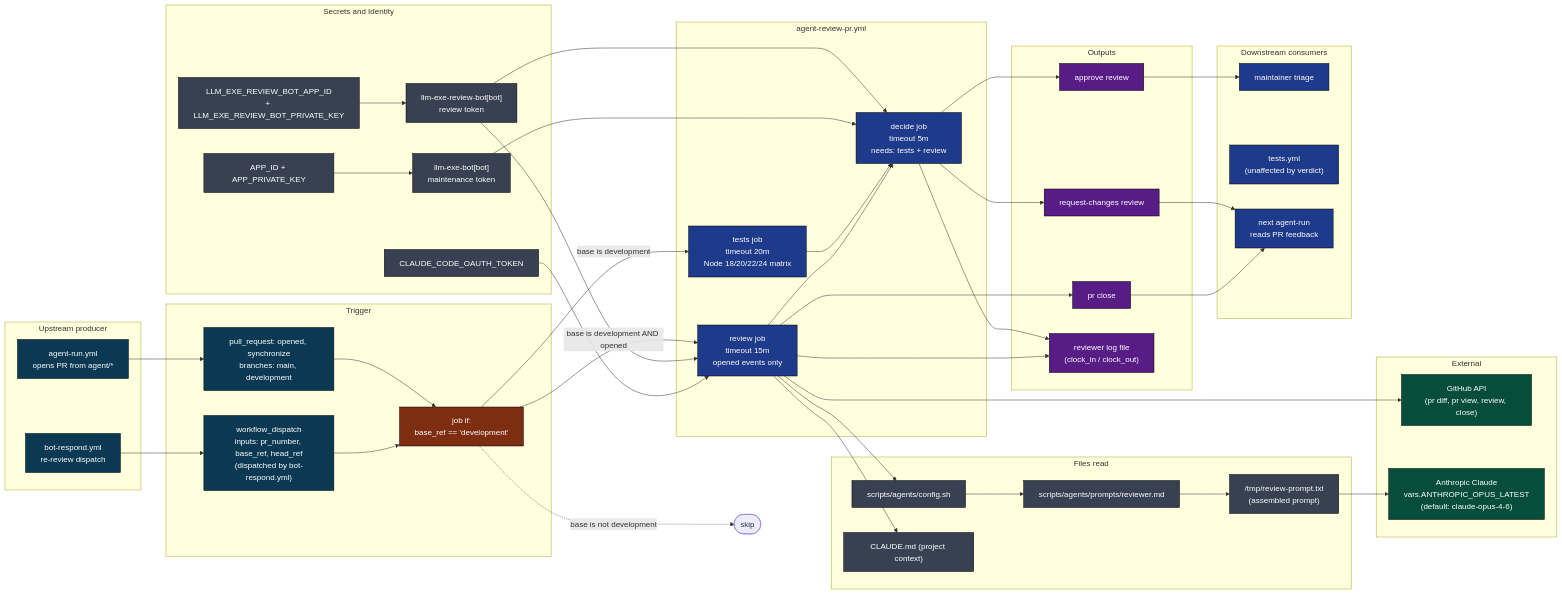
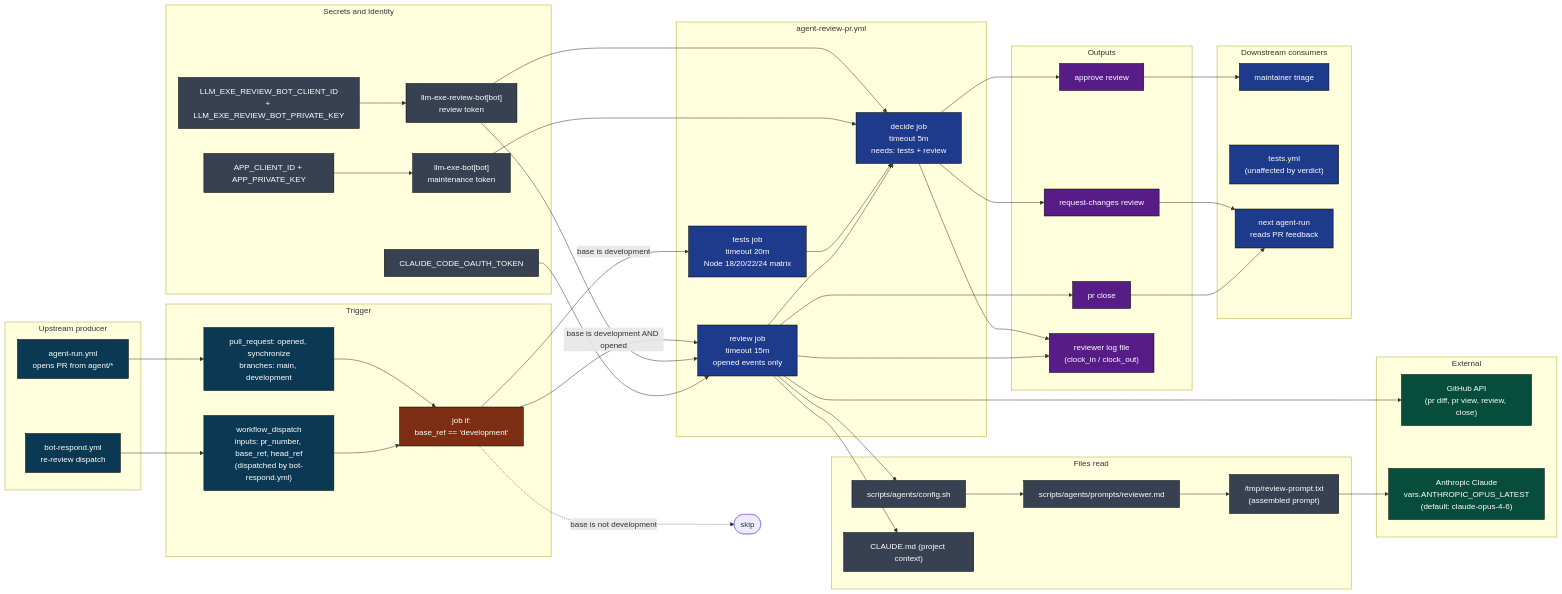
The first of 12 diagrams in .github/docs/AGENT_REVIEW_PR_DEEP_DIVE.md (llm-exe/llm-exe), drawn with Mermaid before and after one commit. The commit also changed other lines of this file and 13 other files, not shown here.

Commit message:
fix: update references from APP_ID to APP_CLIENT_ID in documentation

```diff
--- a/.github/docs/AGENT_REVIEW_PR_DEEP_DIVE.md
+++ b/.github/docs/AGENT_REVIEW_PR_DEEP_DIVE.md
@@ -52,8 +52,8 @@
     end
 
     subgraph S["Secrets and Identity"]
-        s1["LLM_EXE_REVIEW_BOT_APP_ID\n+ LLM_EXE_REVIEW_BOT_PRIVATE_KEY"]:::file
-        s3["APP_ID + APP_PRIVATE_KEY"]:::file
+        s1["LLM_EXE_REVIEW_BOT_CLIENT_ID\n+ LLM_EXE_REVIEW_BOT_PRIVATE_KEY"]:::file
+        s3["APP_CLIENT_ID + APP_PRIVATE_KEY"]:::file
         s2["CLAUDE_CODE_OAUTH_TOKEN"]:::file
         reviewbot["llm-exe-review-bot[bot]\nreview token"]:::file
         bot["llm-exe-bot[bot]\nmaintenance token"]:::file
```
